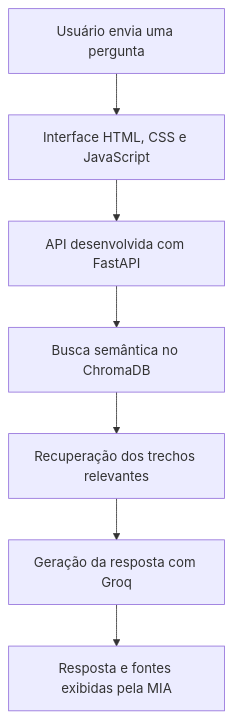
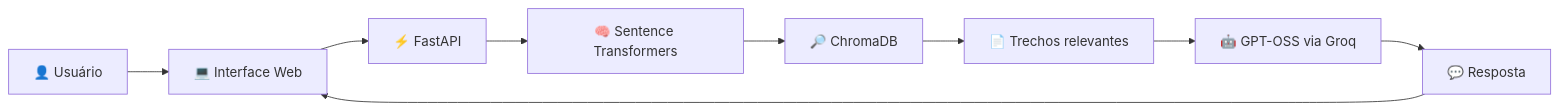
One commit to DaniellaMateus/mercado-IA changed the diagram in README.md. Above: the diagram before and after it, drawn with Mermaid. The commit also changed other lines of this file, not shown here.

````diff
--- a/README.md
+++ b/README.md
@@ -66,9 +207,19 @@
 ```mermaid
-flowchart TD
-    A["Usuário envia uma pergunta"] --> B["Interface HTML, CSS e JavaScript"]
-    B --> C["API desenvolvida com FastAPI"]
-    C --> D["Busca semântica no ChromaDB"]
-    D --> E["Recuperação dos trechos relevantes"]
-    E --> F["Geração da resposta com Groq"]
-    F --> G["Resposta e fontes exibidas pela MIA"]
+flowchart LR
+
+    A["👤 Usuário"] --> B["💻 Interface Web"]
+
+    B --> C["⚡ FastAPI"]
+
+    C --> D["🧠 Sentence Transformers"]
+
+    D --> E["🔎 ChromaDB"]
+
+    E --> F["📄 Trechos relevantes"]
+
+    F --> G["🤖 GPT-OSS via Groq"]
+
+    G --> H["💬 Resposta"]
+
+    H --> B
 ```
````
